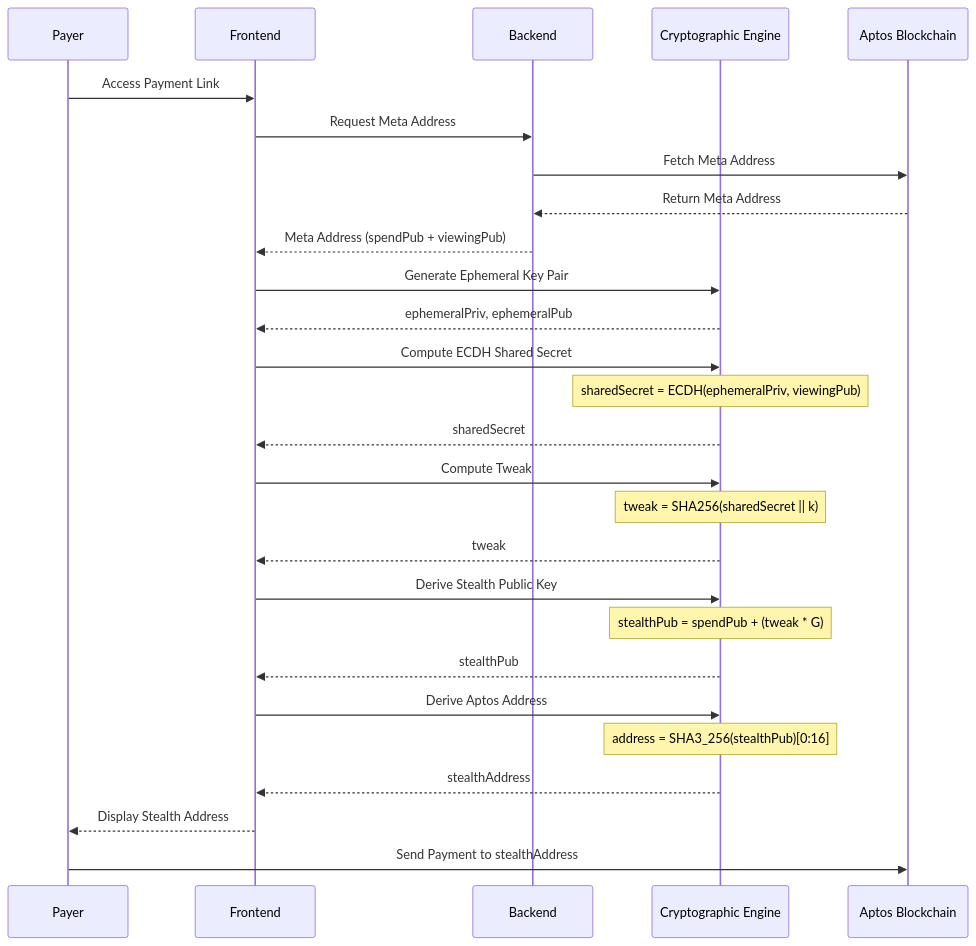
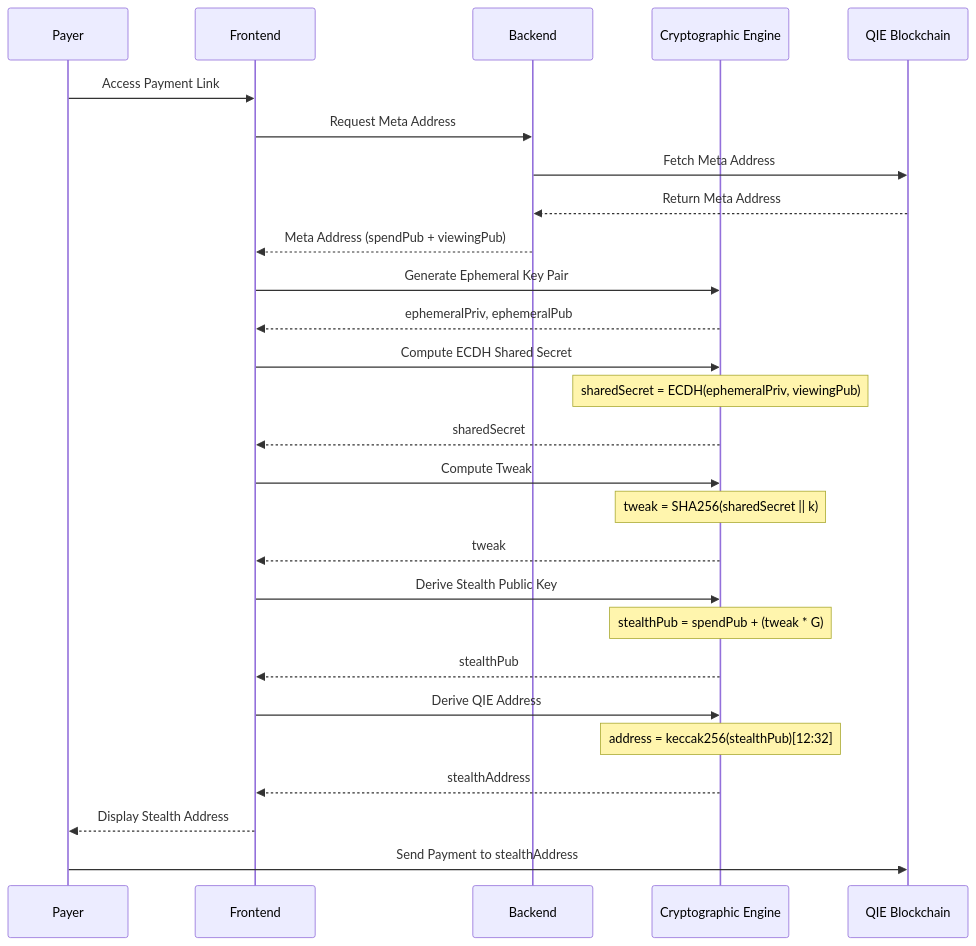
The second of 8 diagrams in README.md (AmaanSayyad/Private-Pay-QIE), drawn with Mermaid before and after one commit. The commit also changed other lines of this file and 24 other files, not shown here.

````diff
--- a/README.md
+++ b/README.md
@@ -306,36 +306,36 @@
 ```mermaid
 sequenceDiagram
     participant Payer
     participant Frontend
     participant Backend
     participant Crypto as Cryptographic Engine
-    participant Aptos as Aptos Blockchain
+    participant QIE as QIE Blockchain
     
     Payer->>Frontend: Access Payment Link
     Frontend->>Backend: Request Meta Address
-    Backend->>Aptos: Fetch Meta Address
-    Aptos-->>Backend: Return Meta Address
+    Backend->>QIE: Fetch Meta Address
+    QIE-->>Backend: Return Meta Address
     Backend-->>Frontend: Meta Address (spendPub + viewingPub)
     
     Frontend->>Crypto: Generate Ephemeral Key Pair
     Crypto-->>Frontend: ephemeralPriv, ephemeralPub
     
     Frontend->>Crypto: Compute ECDH Shared Secret
     Note over Crypto: sharedSecret = ECDH(ephemeralPriv, viewingPub)
     Crypto-->>Frontend: sharedSecret
     
     Frontend->>Crypto: Compute Tweak
     Note over Crypto: tweak = SHA256(sharedSecret || k)
     Crypto-->>Frontend: tweak
     
     Frontend->>Crypto: Derive Stealth Public Key
     Note over Crypto: stealthPub = spendPub + (tweak * G)
     Crypto-->>Frontend: stealthPub
     
-    Frontend->>Crypto: Derive Aptos Address
-    Note over Crypto: address = SHA3_256(stealthPub)[0:16]
+    Frontend->>Crypto: Derive QIE Address
+    Note over Crypto: address = keccak256(stealthPub)[12:32]
     Crypto-->>Frontend: stealthAddress
     
     Frontend-->>Payer: Display Stealth Address
-    Payer->>Aptos: Send Payment to stealthAddress
+    Payer->>QIE: Send Payment to stealthAddress
 ```
````
